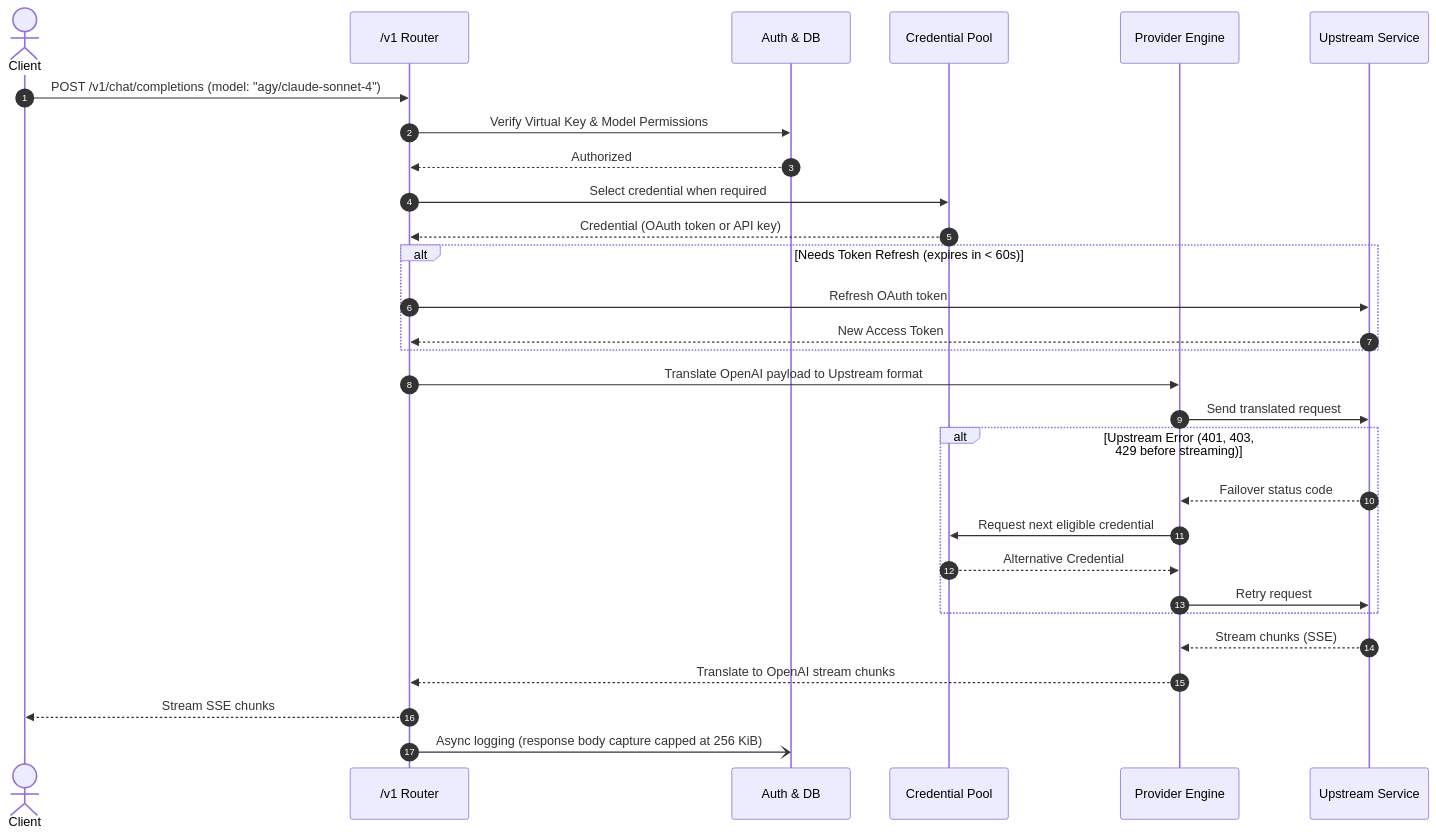
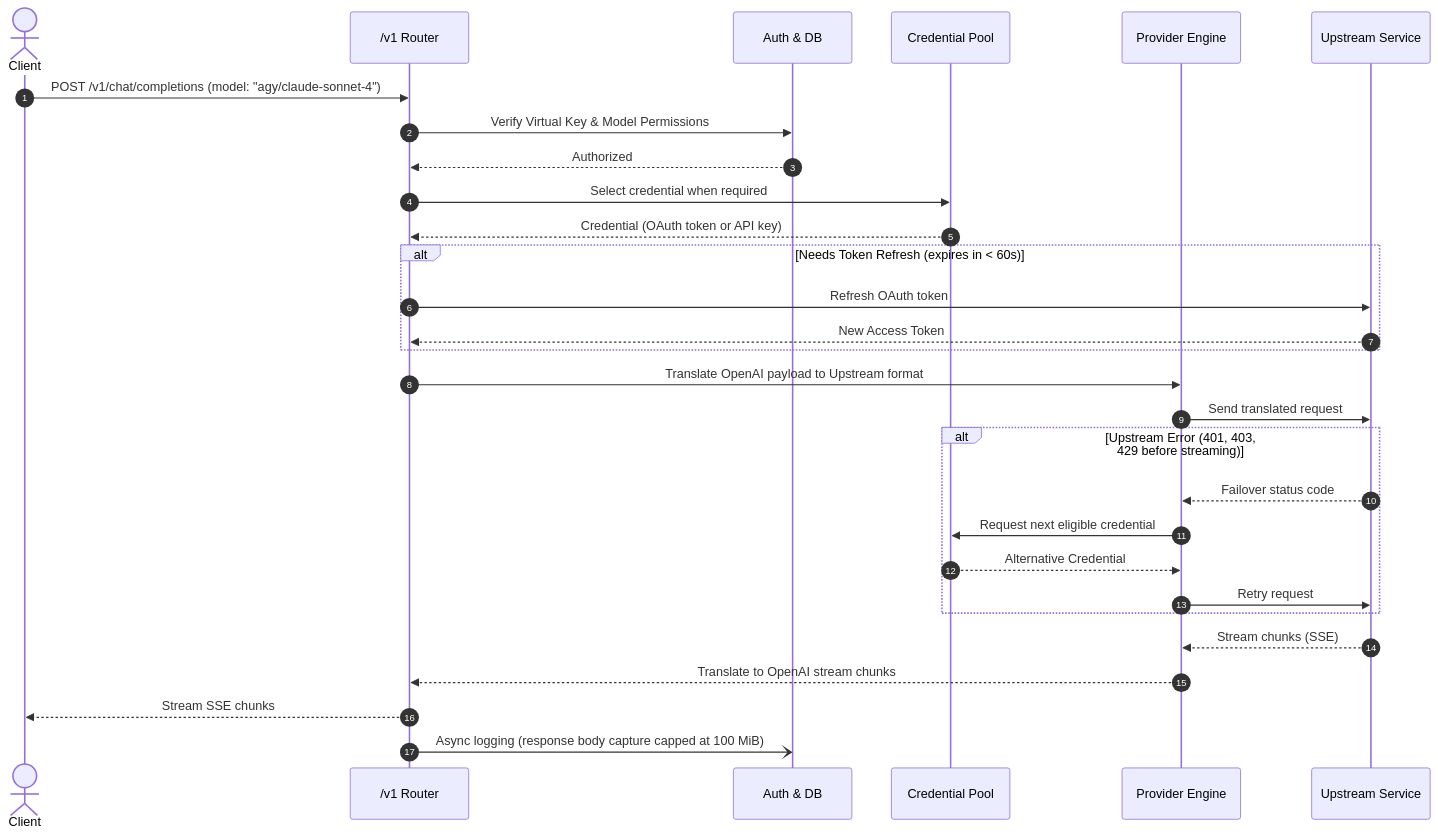
Before and after one commit to Delnegend/zero-g: the second of 2 diagrams in docs/architecture.md, drawn with Mermaid. The commit also changed other lines of this file and 3 other files, not shown here.

Commit message:
docs: update response capture and storage guidance

````diff
--- a/docs/architecture.md
+++ b/docs/architecture.md
@@ -65,36 +65,36 @@
 ```mermaid
 sequenceDiagram
     autonumber
     actor Client
     participant V1 as /v1 Router
     participant Auth as Auth & DB
     participant Pool as Credential Pool
     participant Engine as Provider Engine
     participant Upstream as Upstream Service
 
     Client->>V1: POST /v1/chat/completions (model: "agy/claude-sonnet-4")
     V1->>Auth: Verify Virtual Key & Model Permissions
     Auth-->>V1: Authorized
     V1->>Pool: Select credential when required
     Pool-->>V1: Credential (OAuth token or API key)
     
     alt Needs Token Refresh (expires in < 60s)
         V1->>Upstream: Refresh OAuth token
         Upstream-->>V1: New Access Token
     end
 
     V1->>Engine: Translate OpenAI payload to Upstream format
     Engine->>Upstream: Send translated request
     
     alt Upstream Error (401, 403, 429 before streaming)
         Upstream-->>Engine: Failover status code
         Engine->>Pool: Request next eligible credential
         Pool-->>Engine: Alternative Credential
         Engine->>Upstream: Retry request
     end
 
     Upstream-->>Engine: Stream chunks (SSE)
     Engine-->>V1: Translate to OpenAI stream chunks
     V1-->>Client: Stream SSE chunks
-    V1-)Auth: Async logging (response body capture capped at 256 KiB)
+    V1-)Auth: Async logging (response body capture capped at 100 MiB)
 ```
````
